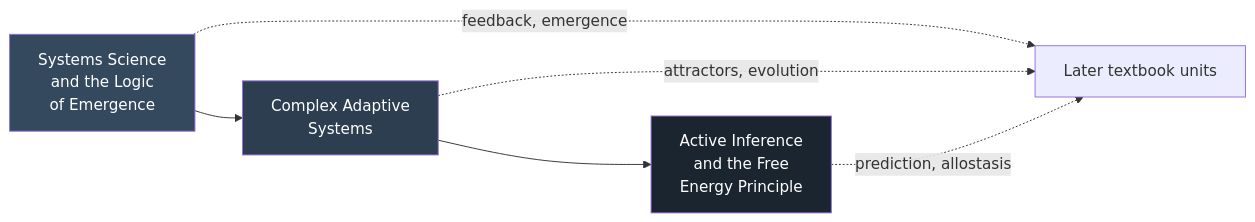
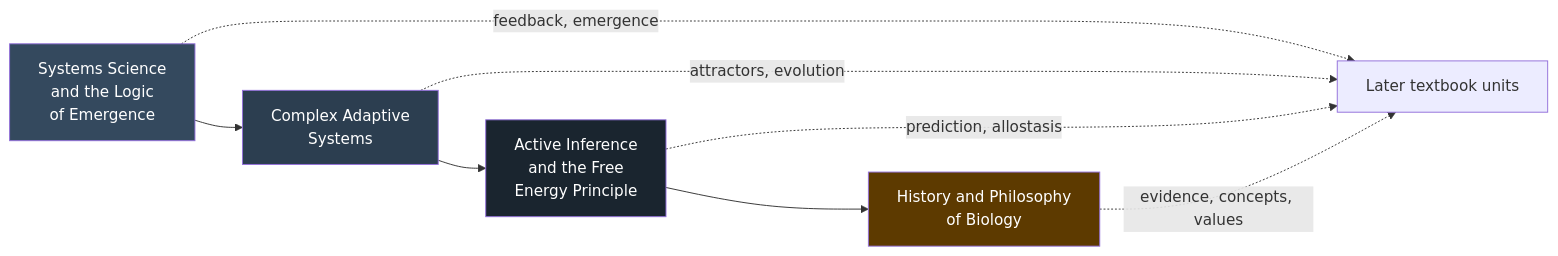
One commit to docxology/biology_textbook changed the diagram in manuscript/unit_0/unit_intro.md. Above: the diagram before and after it, drawn with Mermaid. The commit also changed other lines of this file and 29 other files, not shown here.

````diff
--- a/manuscript/unit_0/unit_intro.md
+++ b/manuscript/unit_0/unit_intro.md
@@ -63,12 +64,15 @@
 ```mermaid
 graph LR
     C1["Systems Science<br/>and the Logic<br/>of Emergence"] --> C2["Complex Adaptive<br/>Systems"]
     C2 --> C3["Active Inference<br/>and the Free<br/>Energy Principle"]
+    C3 --> C4["History and Philosophy<br/>of Biology"]
     C1 -.->|"feedback, emergence"| UI["Later textbook units"]
     C2 -.->|"attractors, evolution"| UI
     C3 -.->|"prediction, allostasis"| UI
+    C4 -.->|"evidence, concepts, values"| UI
 
     style C1 fill:#34495e,color:#fff
     style C2 fill:#2c3e50,color:#fff
     style C3 fill:#1a252f,color:#fff
+    style C4 fill:#5d3a00,color:#fff
 ```
````
